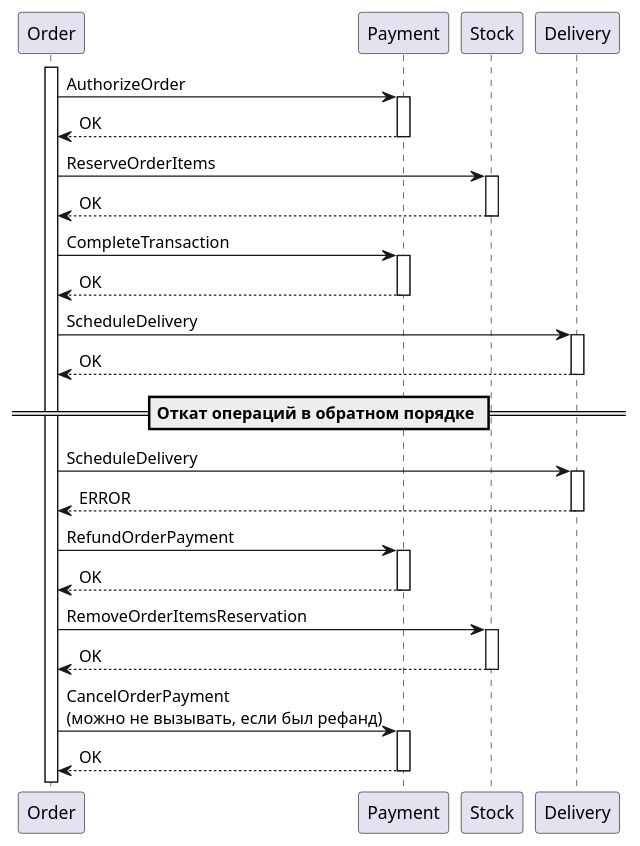
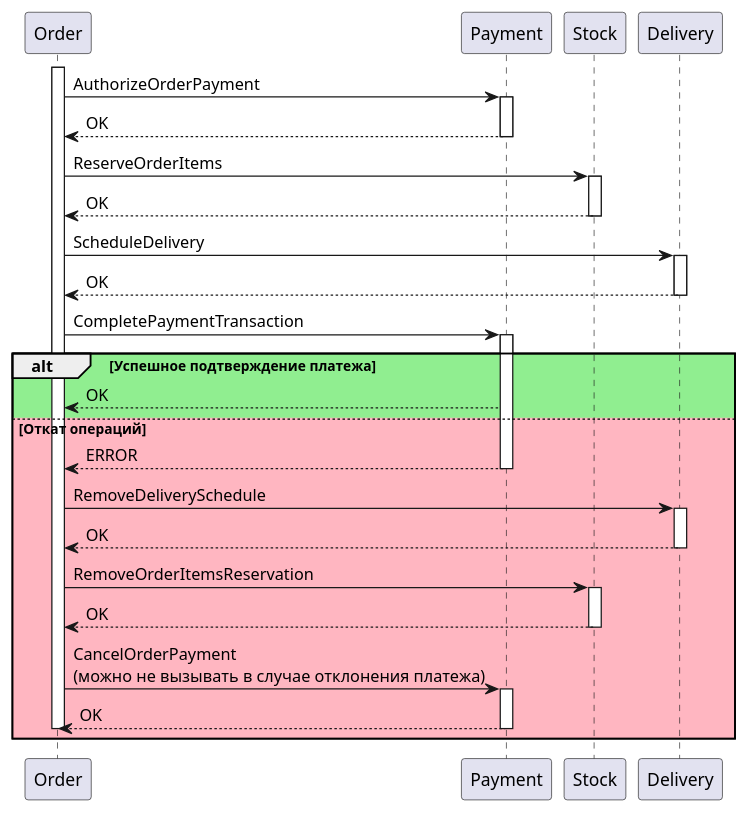
One commit to klwxsrx/arch-course-labs changed the diagram in 09-saga/docs/purchase.puml. Above: the diagram before and after it, drawn with PlantUML. The commit also changed 11 other files, not shown here.

Commit message:
Переделал flow покупки - сделал, чтоб подтверждение операции покупки совершалось в конце

```diff
--- a/09-saga/docs/purchase.puml
+++ b/09-saga/docs/purchase.puml
@@ -1,55 +1,56 @@
 @startuml
 
 activate Order
 
-Order -> Payment: AuthorizeOrder
+Order -> Payment: AuthorizeOrderPayment
 activate Payment
 
 Order <-- Payment: OK
 deactivate Payment
 
 Order -> Stock: ReserveOrderItems
 activate Stock
 
 Order <-- Stock: OK
 deactivate Stock
 
-Order -> Payment: CompleteTransaction
-activate Payment
-
-Order <-- Payment: OK
-deactivate Payment
-
 Order -> Delivery: ScheduleDelivery
 activate Delivery
 
 Order <-- Delivery: OK
 deactivate Delivery
 
-== Откат операций в обратном порядке ==
+Order -> Payment: CompletePaymentTransaction
+activate Payment
 
-Order -> Delivery: ScheduleDelivery
+alt #lightgreen Успешное подтверждение платежа
+
+Order <-- Payment: OK
+
+else #lightpink Откат операций
+
+Order <-- Payment: ERROR
+deactivate Payment
+
+Order -> Delivery: RemoveDeliverySchedule
 activate Delivery
 
-Order <-- Delivery: ERROR
+Order <-- Delivery: OK
 deactivate Delivery
-
-Order -> Payment: RefundOrderPayment
-activate Payment
-
-Order <-- Payment: OK
-deactivate Payment
 
 Order -> Stock: RemoveOrderItemsReservation
 activate Stock
 
 Order <-- Stock: OK
 deactivate Stock
 
-Order -> Payment: CancelOrderPayment\n(можно не вызывать, если был рефанд)
+Order -> Payment: CancelOrderPayment\n(можно не вызывать в случае отклонения платежа)
 activate Payment
 
 Order <-- Payment: OK
 deactivate Payment
+deactivate Order
+
+end
 
 @enduml
```
